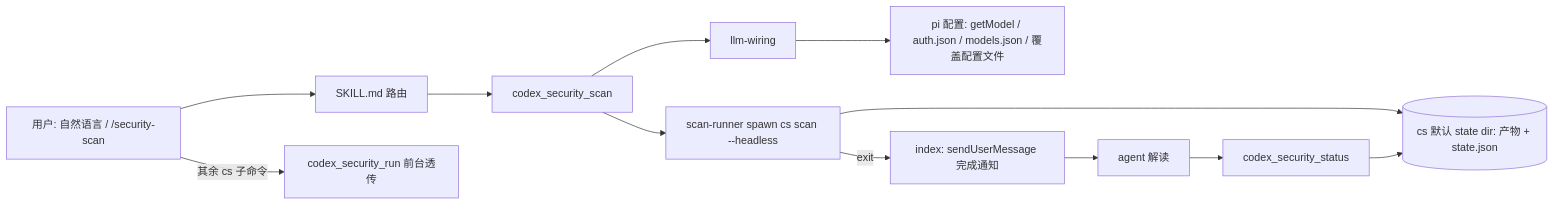
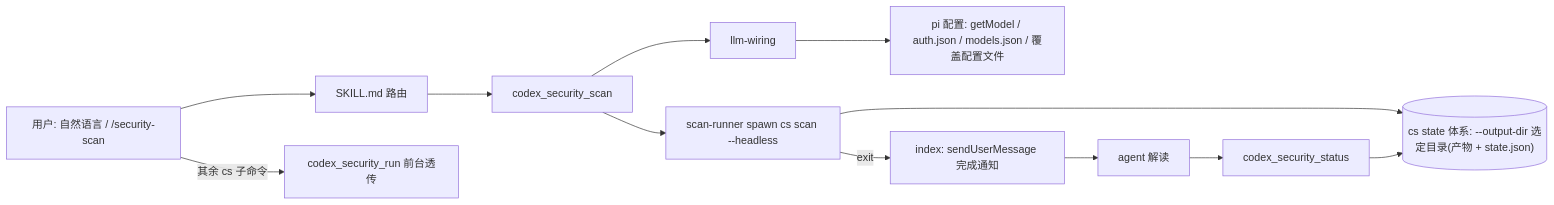
One commit to GuangAD/pi-security-audit changed the diagram in docs/plans/2026-10-16-pi-codex-security/design.md. Above: the diagram before and after it, drawn with Mermaid. The commit also changed other lines of this file and 1 other file, not shown here.

Commit message:
docs: 精确回退产物位置决策,--output-dir选定cs state体系内唯一目录

````diff
--- a/docs/plans/2026-10-16-pi-codex-security/design.md
+++ b/docs/plans/2026-10-16-pi-codex-security/design.md
@@ -64,14 +64,14 @@
 ```mermaid
 graph LR
     A[用户: 自然语言 / /security-scan] --> B[SKILL.md 路由]
     B --> C[codex_security_scan]
     C --> D[llm-wiring]
     D --> E[pi 配置: getModel / auth.json / models.json / 覆盖配置文件]
     C --> F[scan-runner spawn cs scan --headless]
-    F --> G[(cs 默认 state dir: 产物 + state.json)]
+    F --> G[("cs state 体系: --output-dir 选定目录(产物 + state.json)")]
     F -->|exit| H[index: sendUserMessage 完成通知]
     H --> I[agent 解读]
     I --> J[codex_security_status]
     J --> G
     A -->|其余 cs 子命令| K[codex_security_run 前台透传]
 ```
````
